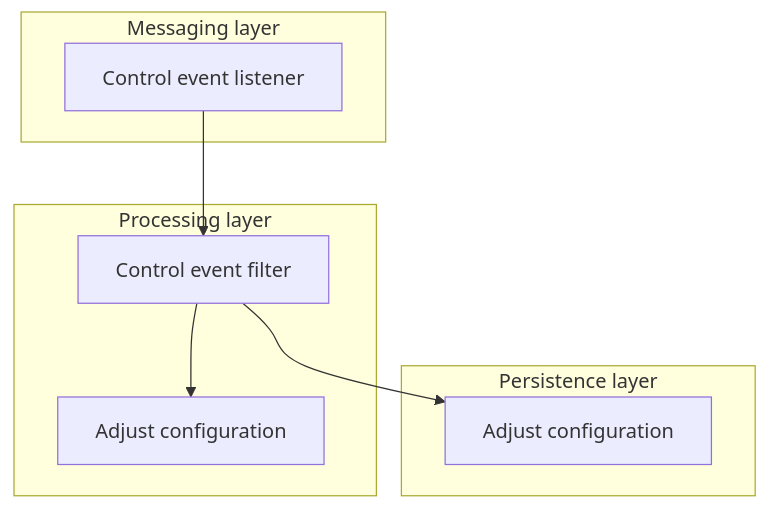
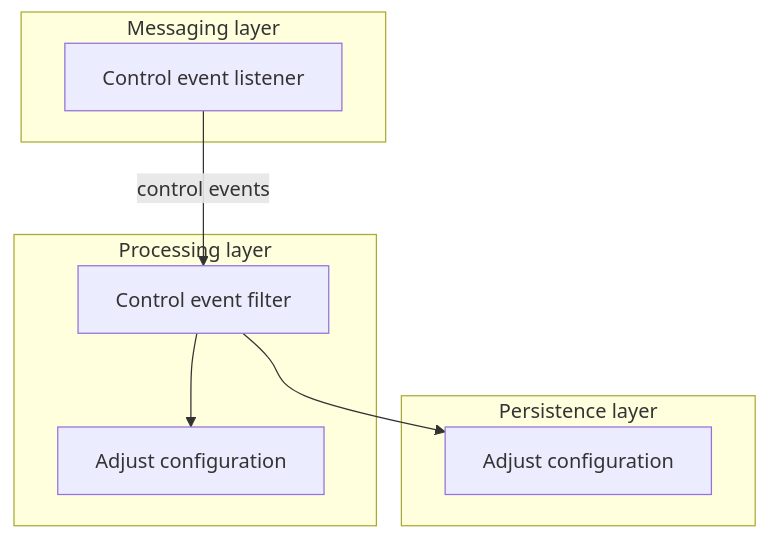
One commit to ChronoRacer/chronoracer changed the second of 3 diagrams in docs/component-core.md. Above: the diagram before and after it, drawn with Mermaid. The commit also changed other lines of this file and 89 other files, not shown here.

````diff
--- a/docs/component-core.md
+++ b/docs/component-core.md
@@ -205,20 +228,20 @@
 ```mermaid
 flowchart TB
     subgraph kafka["Messaging layer"]
         kafkaControl["Control event listener"]
     end
 
     subgraph process["Processing layer"]
         filterControl["Control event filter"]
         configureProcess["Adjust configuration"]
     end
 
     subgraph persistence["Persistence layer"]
         configurePersistence["Adjust configuration"]
     end
 
-    kafkaControl --> filterControl
+    kafkaControl -->|control events| filterControl
     filterControl --> configureProcess
     filterControl --> configurePersistence
 
 ```
````
